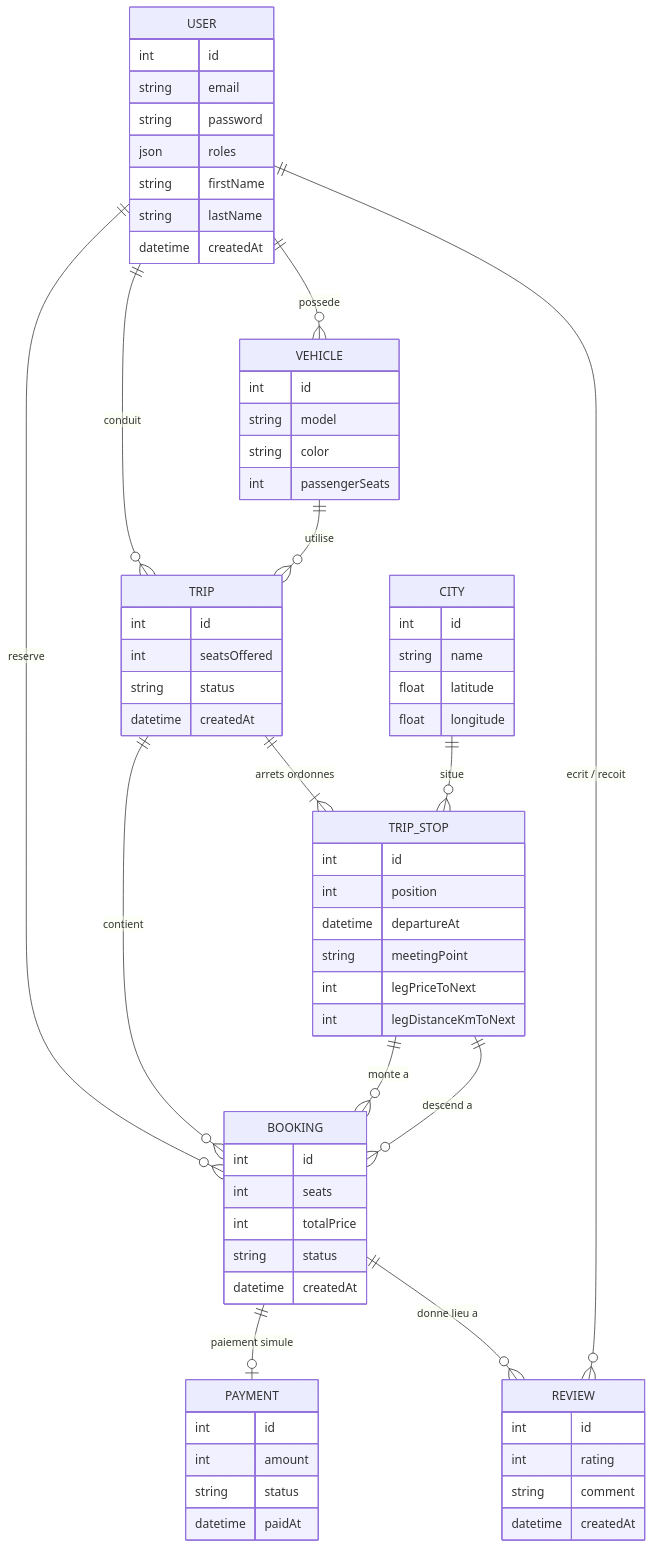
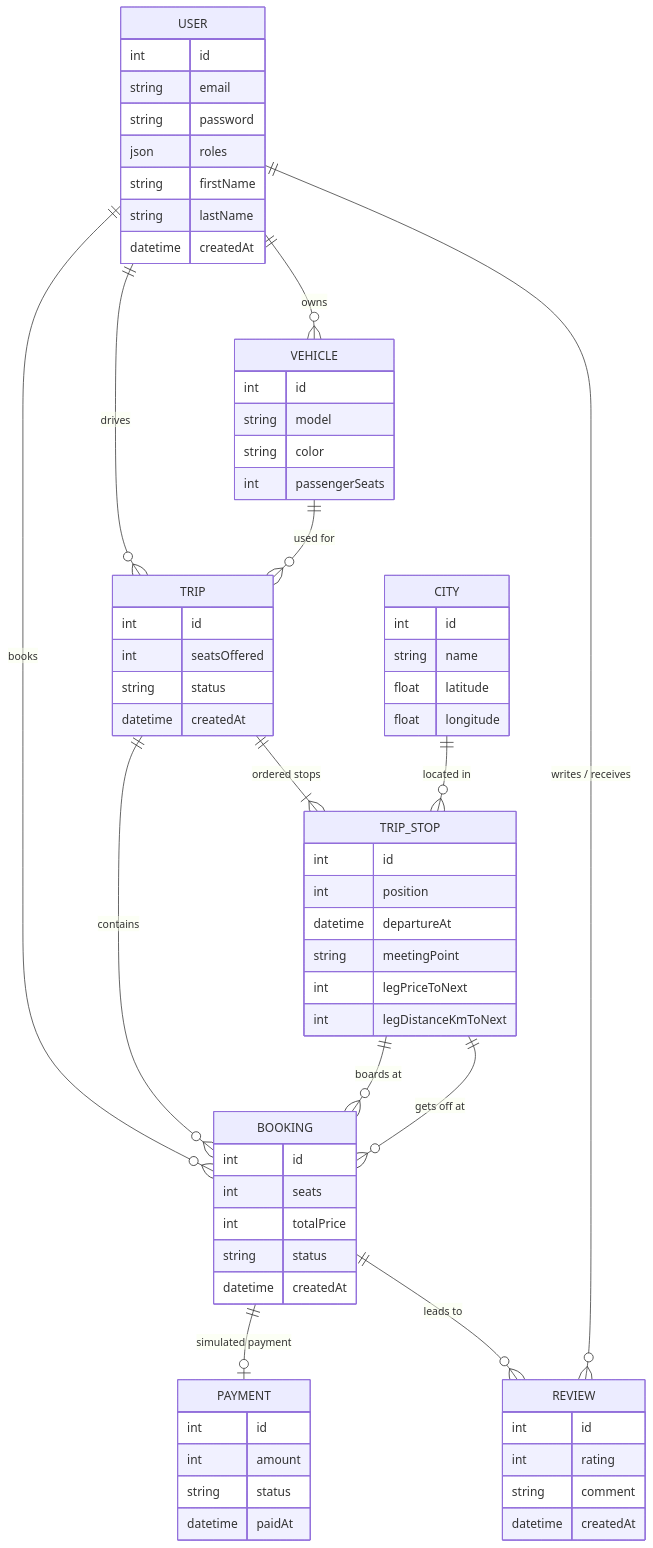
One commit to oubellaismail/rihla changed the diagram in docs/MODELE.md. Above: the diagram before and after it, drawn with Mermaid. The commit also changed other lines of this file and 3 other files, not shown here.

````diff
--- a/docs/MODELE.md
+++ b/docs/MODELE.md
@@ -15,70 +15,70 @@
 ```mermaid
 erDiagram
-    USER ||--o{ VEHICLE : possede
-    USER ||--o{ TRIP : conduit
-    USER ||--o{ BOOKING : reserve
-    VEHICLE ||--o{ TRIP : utilise
-    TRIP ||--|{ TRIP_STOP : "arrets ordonnes"
-    CITY ||--o{ TRIP_STOP : situe
-    TRIP ||--o{ BOOKING : contient
-    TRIP_STOP ||--o{ BOOKING : "monte a"
-    TRIP_STOP ||--o{ BOOKING : "descend a"
-    BOOKING ||--o| PAYMENT : "paiement simule"
-    BOOKING ||--o{ REVIEW : "donne lieu a"
-    USER ||--o{ REVIEW : "ecrit / recoit"
+    USER ||--o{ VEHICLE : owns
+    USER ||--o{ TRIP : drives
+    USER ||--o{ BOOKING : books
+    VEHICLE ||--o{ TRIP : "used for"
+    TRIP ||--|{ TRIP_STOP : "ordered stops"
+    CITY ||--o{ TRIP_STOP : "located in"
+    TRIP ||--o{ BOOKING : contains
+    TRIP_STOP ||--o{ BOOKING : "boards at"
+    TRIP_STOP ||--o{ BOOKING : "gets off at"
+    BOOKING ||--o| PAYMENT : "simulated payment"
+    BOOKING ||--o{ REVIEW : "leads to"
+    USER ||--o{ REVIEW : "writes / receives"
 
     USER {
         int id
         string email
         string password
         json roles
         string firstName
         string lastName
         datetime createdAt
     }
     VEHICLE {
         int id
         string model
         string color
         int passengerSeats
     }
     CITY {
         int id
         string name
         float latitude
         float longitude
     }
     TRIP {
         int id
         int seatsOffered
         string status
         datetime createdAt
     }
     TRIP_STOP {
         int id
         int position
         datetime departureAt
         string meetingPoint
         int legPriceToNext
         int legDistanceKmToNext
     }
     BOOKING {
         int id
         int seats
         int totalPrice
         string status
         datetime createdAt
     }
     PAYMENT {
         int id
         int amount
         string status
         datetime paidAt
     }
     REVIEW {
         int id
         int rating
         string comment
         datetime createdAt
     }
 ```
````
